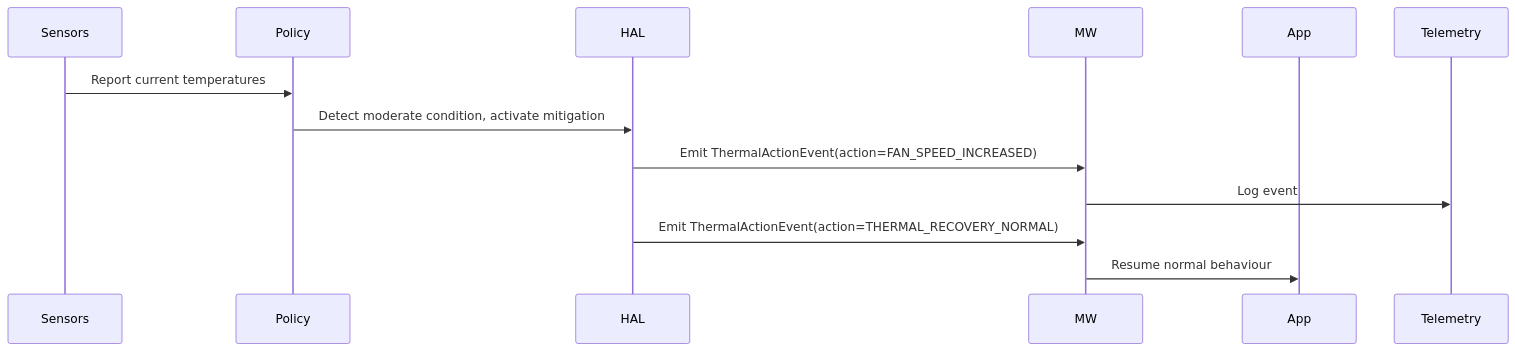
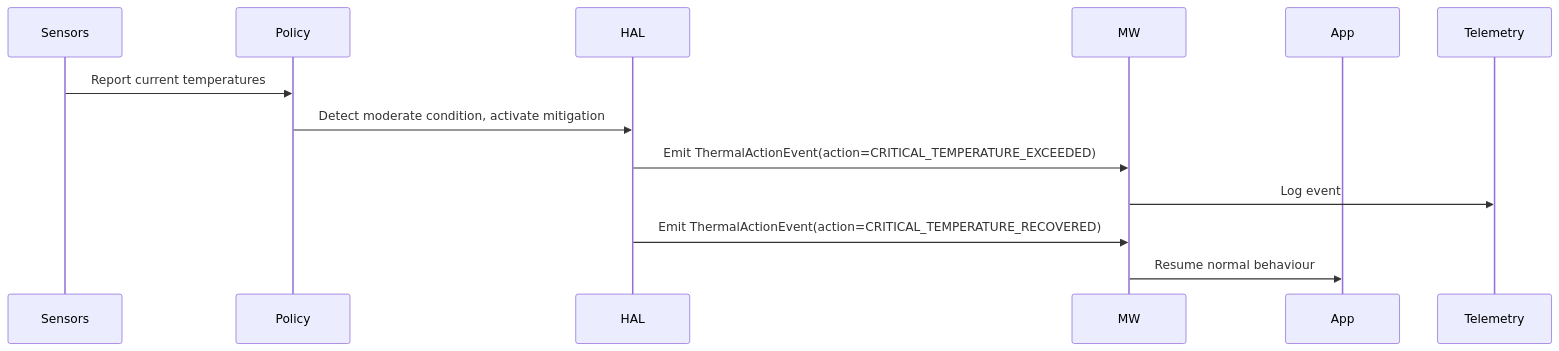
Before and after one commit to rdkcentral/rdk-halif-aidl: the second of 3 diagrams in docs/halif/sensor/current/thermal/thermal_sensor.md, drawn with Mermaid. The commit also changed other lines of this file and 7 other files, not shown here.

````diff
--- a/docs/halif/sensor/current/thermal/thermal_sensor.md
+++ b/docs/halif/sensor/current/thermal/thermal_sensor.md
@@ -193,15 +232,15 @@
 ```mermaid
 sequenceDiagram
     participant Sensors
     participant Policy
     participant HAL
     participant MW
     participant App
 
     Sensors->>Policy: Report current temperatures
     Policy->>HAL: Detect moderate condition, activate mitigation
-    HAL->>MW: Emit ThermalActionEvent(action=FAN_SPEED_INCREASED)
+    HAL->>MW: Emit ThermalActionEvent(action=CRITICAL_TEMPERATURE_EXCEEDED)
     MW->>Telemetry: Log event
-    HAL->>MW: Emit ThermalActionEvent(action=THERMAL_RECOVERY_NORMAL)
+    HAL->>MW: Emit ThermalActionEvent(action=CRITICAL_TEMPERATURE_RECOVERED)
     MW->>App: Resume normal behaviour
 ```
````
